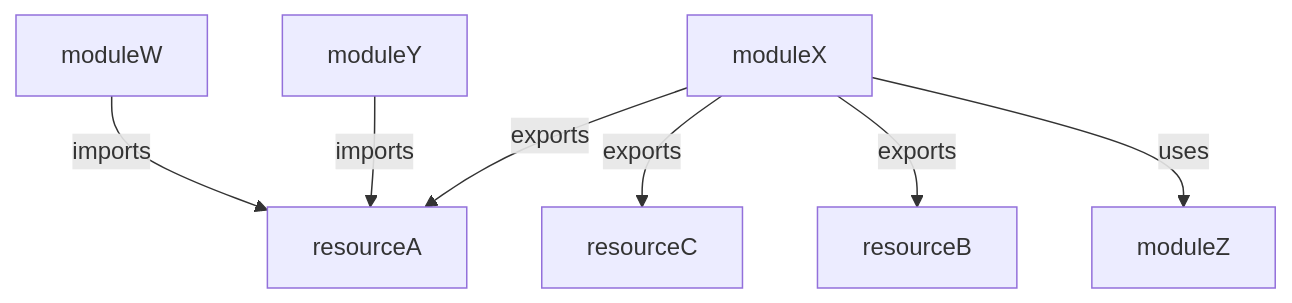
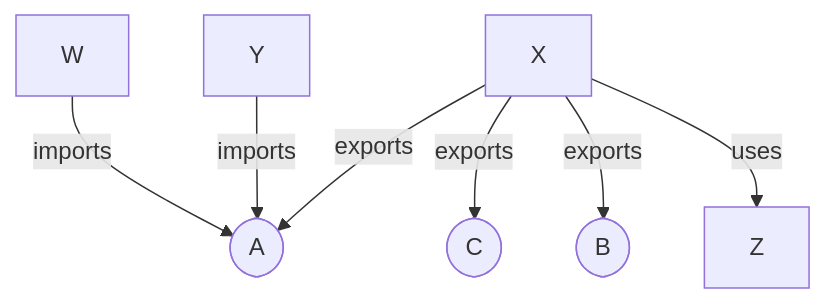
One commit to maglocvnus/data changed the diagram in m/modularisation.md. Above: the diagram before and after it, drawn with Mermaid.

Commit message:
Update mermaid diagram for modularisation

````diff
--- a/m/modularisation.md
+++ b/m/modularisation.md
@@ -13,11 +13,17 @@
 ```mermaid
 graph TD
-  
-  moduleX -- uses --> moduleZ
-  moduleW -- imports --> resourceA
-  moduleY -- imports --> resourceA
-  moduleX -- exports --> resourceA
-  moduleX -- exports --> resourceB
-  moduleX -- exports --> resourceC
+  x[X]
+  y[Y]
+  z[Z]
+  w[W]
+  a([A])
+  b([B])
+  c([C])
+  x -- uses --> z
+  w -- imports --> a
+  y -- imports --> a
+  x -- exports --> a
+  x -- exports --> b
+  x -- exports --> c
 
 ```
````
